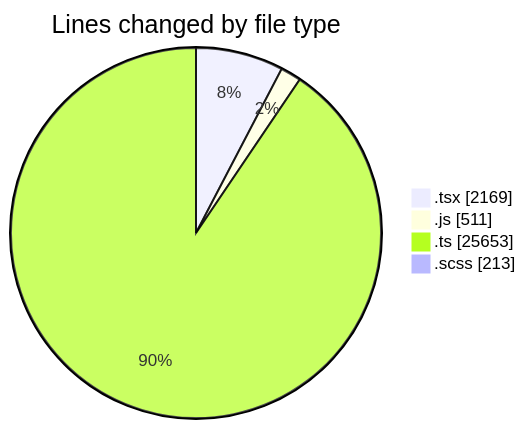
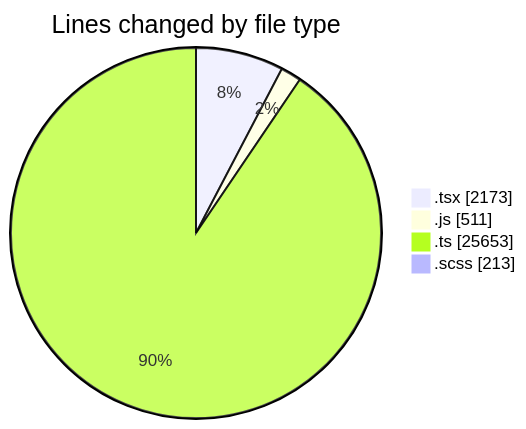
The first of 2 diagrams in 2025-06-30/cda/README.md (momahboobian/code-tracking), drawn with Mermaid before and after one commit. The commit also changed other lines of this file and 1 other file, not shown here.

````diff
--- a/2025-06-30/cda/README.md
+++ b/2025-06-30/cda/README.md
@@ -41,8 +41,8 @@
 ```mermaid
 pie showData
 title Lines changed by file type
-".tsx" : 2169
+".tsx" : 2173
 ".js" : 511
 ".ts" : 25653
 ".scss" : 213
 ```
````
